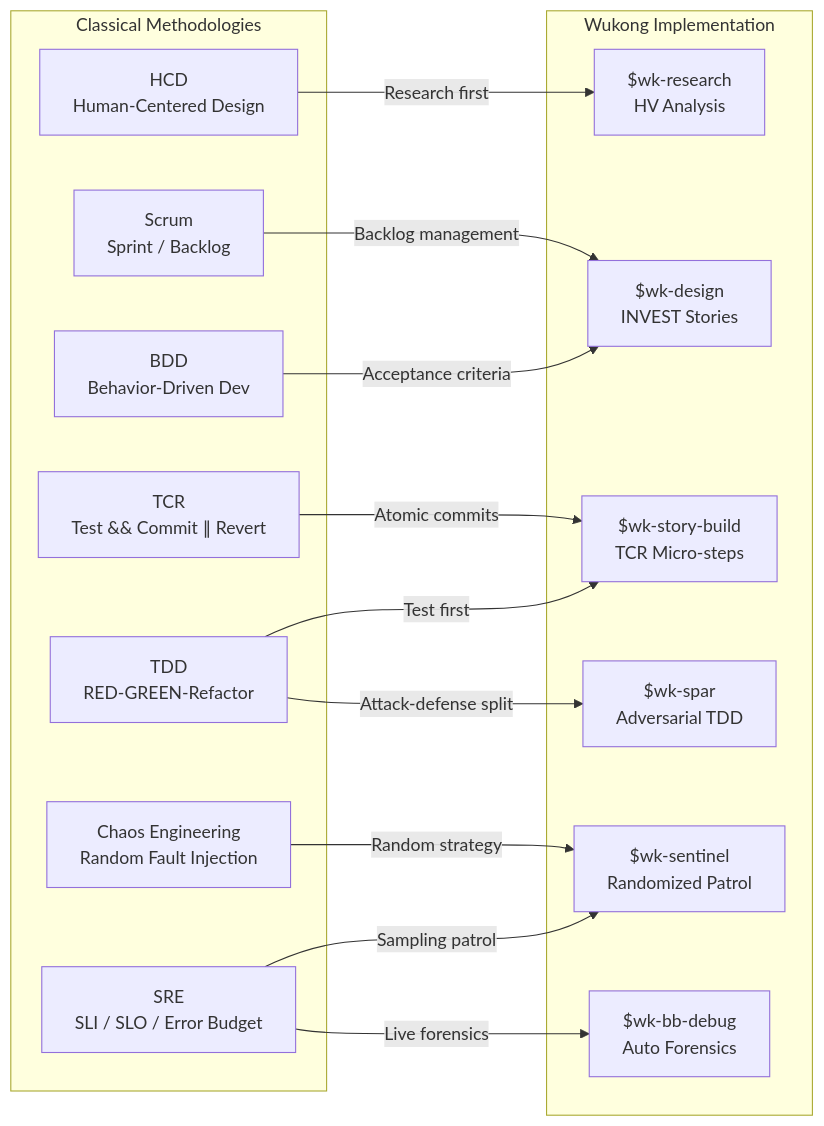
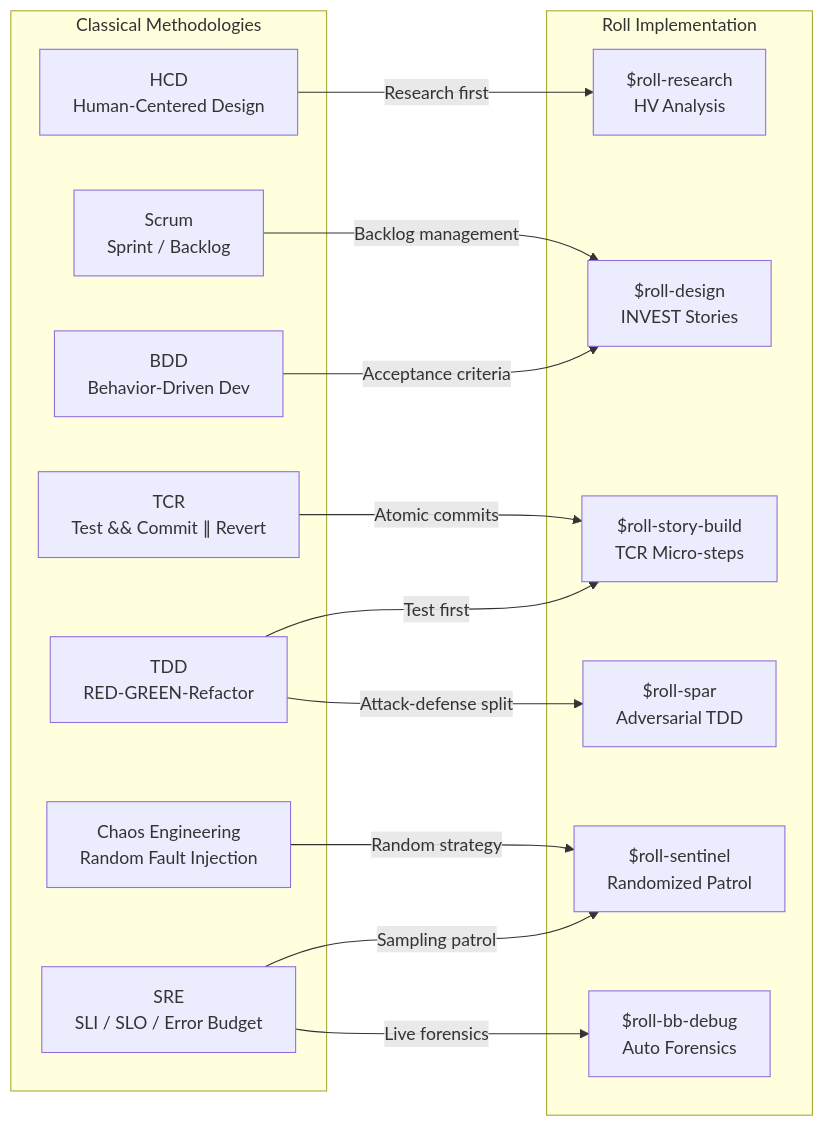
Before and after one commit to seanyao/roll: the second of 2 diagrams in docs/methodology-en.md, drawn with Mermaid. The commit also changed other lines of this file and 28 other files, not shown here.

Commit message:
[claude code] Story US-ROLL-002: rename skills wk-*→roll-*, fix all references + tests

````diff
--- a/docs/methodology-en.md
+++ b/docs/methodology-en.md
@@ -539,31 +539,31 @@
 ```mermaid
 graph LR
     subgraph "Classical Methodologies"
         HCD["HCD<br/>Human-Centered Design"]
         BDD["BDD<br/>Behavior-Driven Dev"]
         S["Scrum<br/>Sprint / Backlog"]
         T["TDD<br/>RED-GREEN-Refactor"]
         TCR["TCR<br/>Test && Commit ∥ Revert"]
         SRE["SRE<br/>SLI / SLO / Error Budget"]
         CE["Chaos Engineering<br/>Random Fault Injection"]
     end
 
-    subgraph "Wukong Implementation"
-        R["$wk-research<br/>HV Analysis"]
-        D["$wk-design<br/>INVEST Stories"]
-        SB["$wk-story-build<br/>TCR Micro-steps"]
-        SP["$wk-spar<br/>Adversarial TDD"]
-        SE["$wk-sentinel<br/>Randomized Patrol"]
-        BB["$wk-bb-debug<br/>Auto Forensics"]
+    subgraph "Roll Implementation"
+        R["$roll-research<br/>HV Analysis"]
+        D["$roll-design<br/>INVEST Stories"]
+        SB["$roll-story-build<br/>TCR Micro-steps"]
+        SP["$roll-spar<br/>Adversarial TDD"]
+        SE["$roll-sentinel<br/>Randomized Patrol"]
+        BB["$roll-bb-debug<br/>Auto Forensics"]
     end
 
     HCD -->|"Research first"| R
     BDD -->|"Acceptance criteria"| D
     S -->|"Backlog management"| D
     T -->|"Test first"| SB
     TCR -->|"Atomic commits"| SB
     T -->|"Attack-defense split"| SP
     SRE -->|"Sampling patrol"| SE
     CE -->|"Random strategy"| SE
     SRE -->|"Live forensics"| BB
 ```
````
